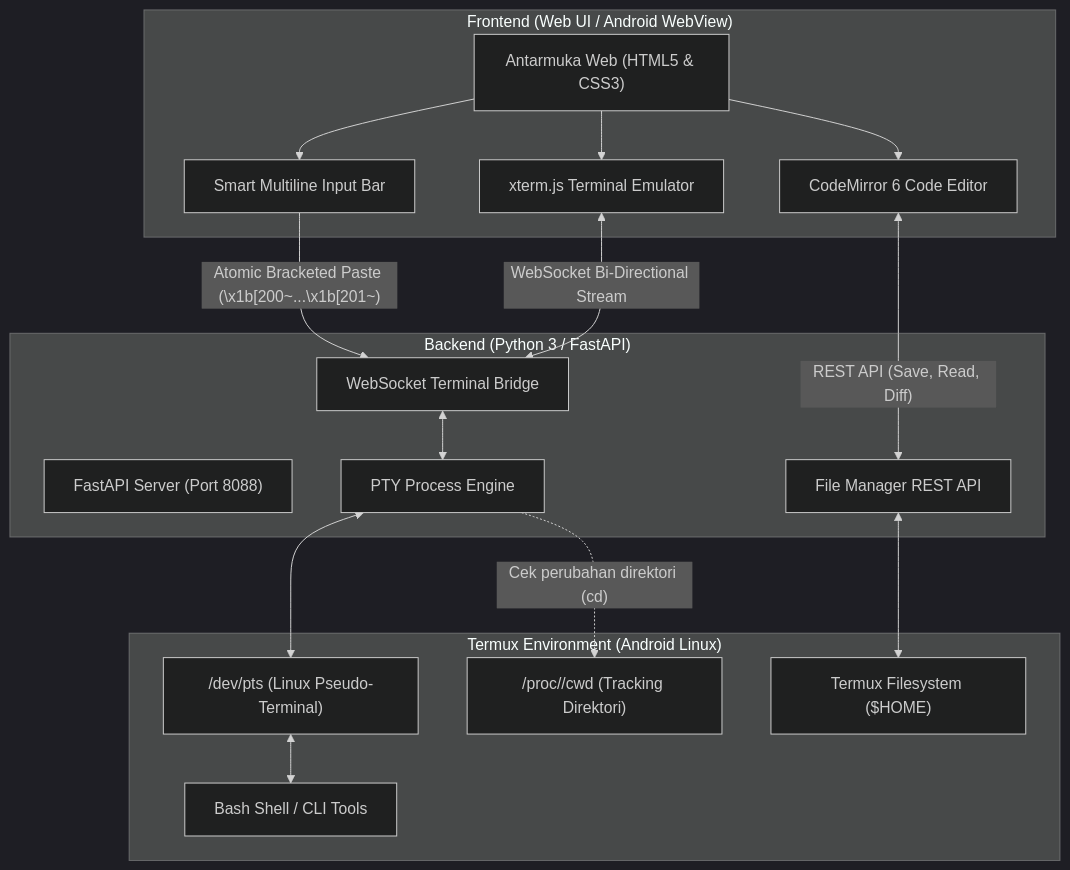
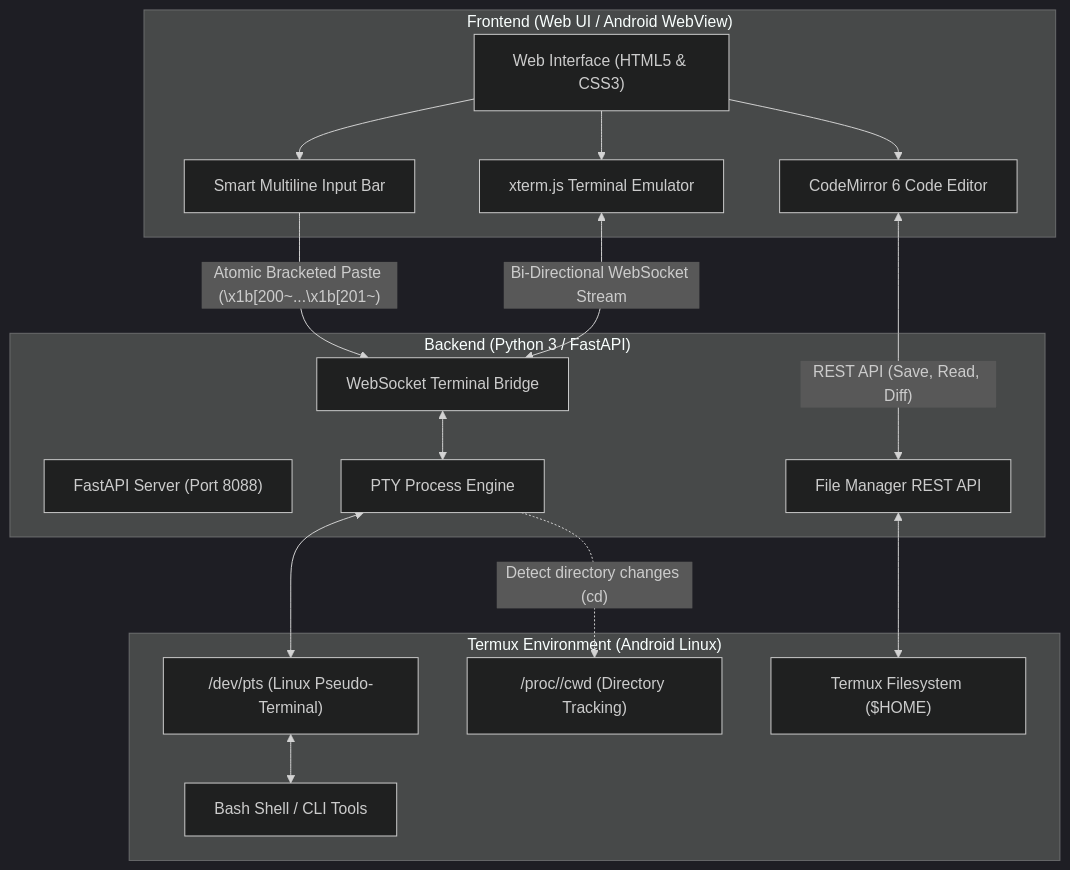
One commit to 0xposa/termux-code changed the diagram in README.md. Above: the diagram before and after it, drawn with Mermaid (dark theme). The commit also changed other lines of this file, not shown here.

````diff
--- a/README.md
+++ b/README.md
@@ -18,37 +28,37 @@
 ```mermaid
 flowchart TD
     subgraph Browser_App["Frontend (Web UI / Android WebView)"]
-        UI["Antarmuka Web (HTML5 & CSS3)"]
+        UI["Web Interface (HTML5 & CSS3)"]
         XTERM["xterm.js Terminal Emulator"]
         CM["CodeMirror 6 Code Editor"]
         CHAT["Smart Multiline Input Bar"]
     end
 
     subgraph Server_Backend["Backend (Python 3 / FastAPI)"]
         FASTAPI["FastAPI Server (Port 8088)"]
         WS_HANDLER["WebSocket Terminal Bridge"]
         FILE_API["File Manager REST API"]
         PTY_ENGINE["PTY Process Engine"]
     end
 
     subgraph OS_Termux["Termux Environment (Android Linux)"]
         PTY_DEV["/dev/pts (Linux Pseudo-Terminal)"]
         BASH["Bash Shell / CLI Tools"]
-        PROC["/proc/<pid>/cwd (Tracking Direktori)"]
+        PROC["/proc/<pid>/cwd (Directory Tracking)"]
         FS["Termux Filesystem ($HOME)"]
     end
 
     UI --> XTERM
     UI --> CM
     UI --> CHAT
     
     CHAT -- "Atomic Bracketed Paste (\x1b[200~...\x1b[201~)" --> WS_HANDLER
-    XTERM <--> |"WebSocket Bi-Directional Stream"| WS_HANDLER
+    XTERM <--> |"Bi-Directional WebSocket Stream"| WS_HANDLER
     CM <--> |"REST API (Save, Read, Diff)"| FILE_API
     
     WS_HANDLER <--> PTY_ENGINE
     PTY_ENGINE <--> PTY_DEV
     PTY_DEV <--> BASH
-    PTY_ENGINE -.-> |"Cek perubahan direktori (cd)"| PROC
+    PTY_ENGINE -.-> |"Detect directory changes (cd)"| PROC
     FILE_API <--> FS
 ```
````
